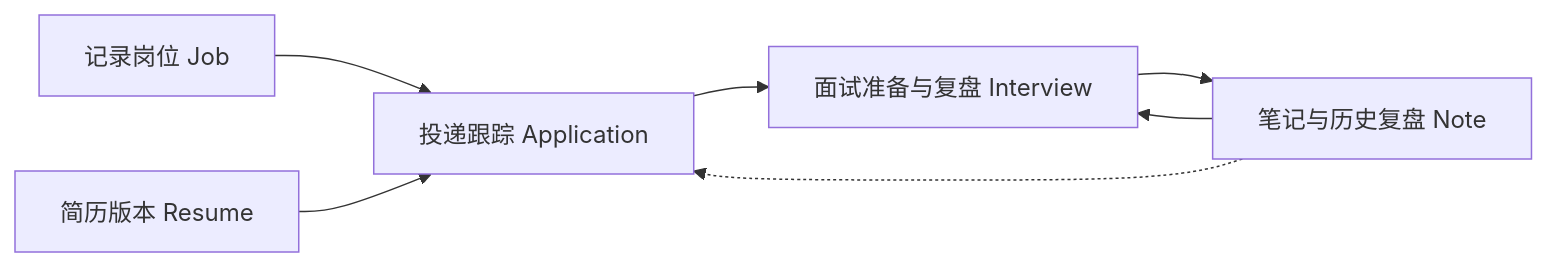
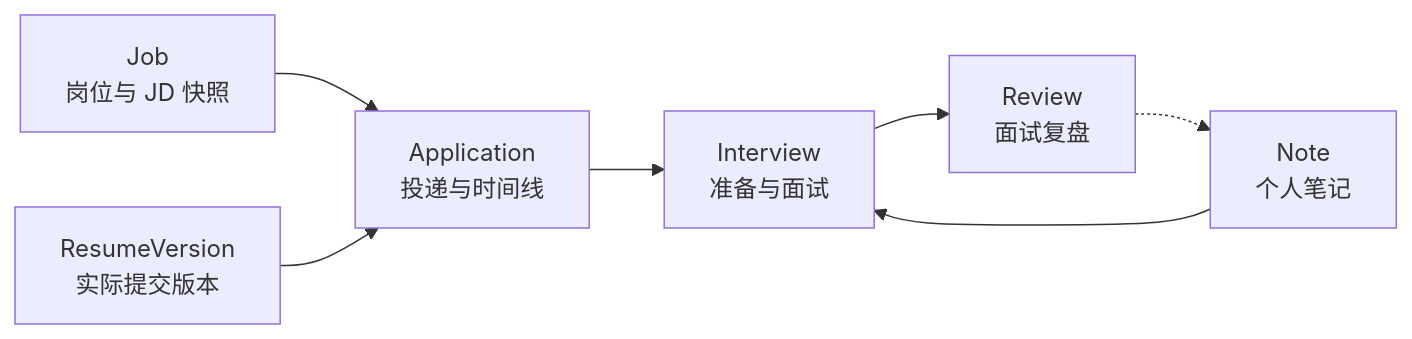
Before and after one commit to TianhuaYuan/Career-Workbench: the first of 2 diagrams in README.md, drawn with Mermaid. The commit also changed other lines of this file, not shown here.

````diff
--- a/README.md
+++ b/README.md
@@ -27,9 +41,9 @@
 ```mermaid
 flowchart LR
-    J[记录岗位 Job] --> A[投递跟踪 Application]
-    R[简历版本 Resume] --> A
-    A --> I[面试准备与复盘 Interview]
-    N[笔记与历史复盘 Note] --> I
-    I --> N
-    N -.-> A
+    J[Job<br/>岗位与 JD 快照] --> A[Application<br/>投递与时间线]
+    R[ResumeVersion<br/>实际提交版本] --> A
+    A --> I[Interview<br/>准备与面试]
+    N[Note<br/>个人笔记] --> I
+    I --> V[Review<br/>面试复盘]
+    V -.-> N
 ```
````
